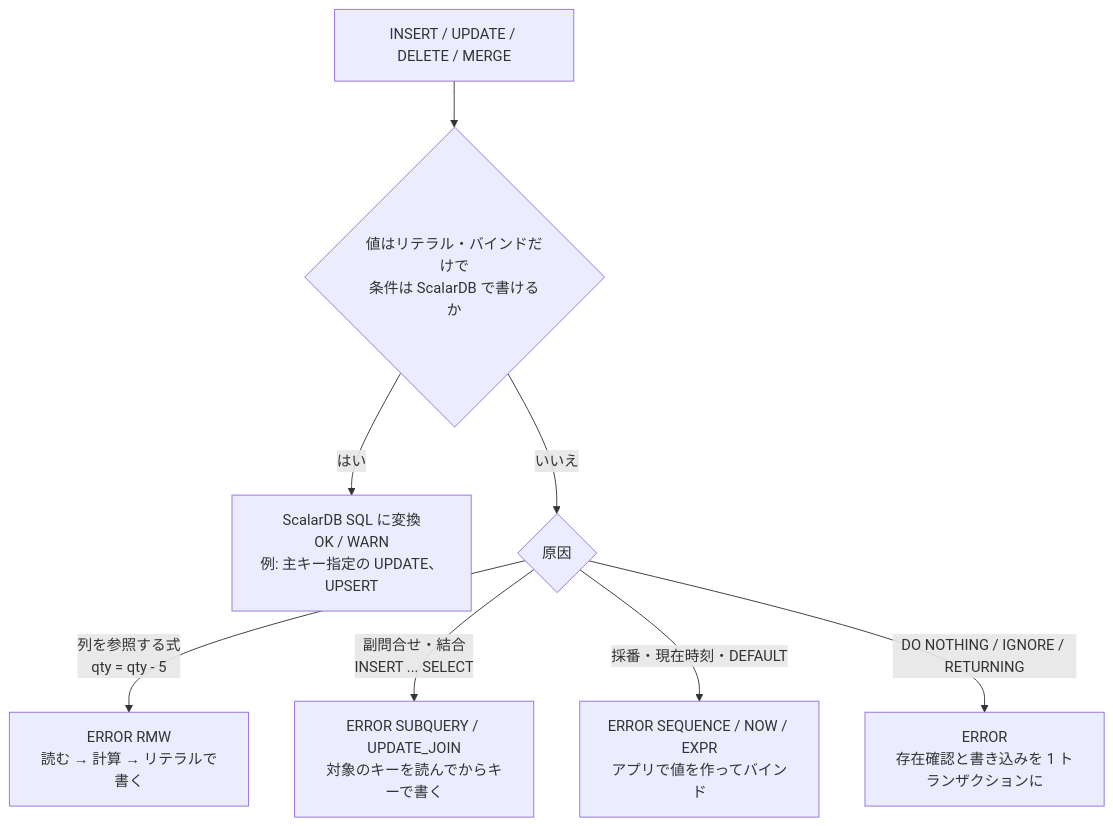
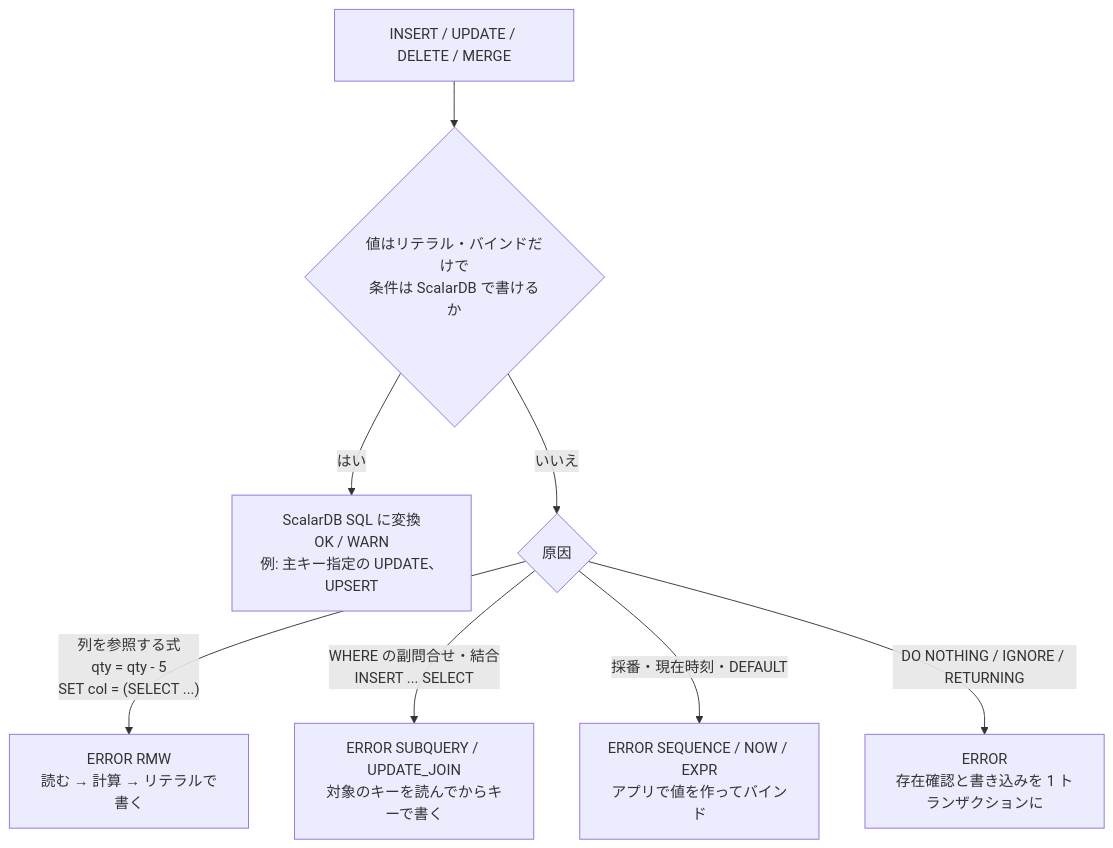
One commit to wfukatsu/sql-migration changed diagram 14 of 25 in docs/design/architecture.md. Above: the diagram before and after it, drawn with Mermaid. The commit also changed 9 other files, not shown here.

````diff
--- a/docs/design/architecture.md
+++ b/docs/design/architecture.md
@@ -546,10 +546,10 @@
 ```mermaid
 flowchart TD
     W["INSERT / UPDATE / DELETE / MERGE"] --> A{"値はリテラル・バインドだけで<br/>条件は ScalarDB で書けるか"}
     A -- はい --> OK["ScalarDB SQL に変換<br/>OK / WARN<br/>例: 主キー指定の UPDATE、UPSERT"]
     A -- いいえ --> K{"原因"}
-    K -- "列を参照する式<br/>qty = qty - 5" --> RMW["ERROR RMW<br/>読む → 計算 → リテラルで書く"]
-    K -- "副問合せ・結合<br/>INSERT ... SELECT" --> SUB["ERROR SUBQUERY / UPDATE_JOIN<br/>対象のキーを読んでからキーで書く"]
+    K -- "列を参照する式<br/>qty = qty - 5<br/>SET col = (SELECT ...)" --> RMW["ERROR RMW<br/>読む → 計算 → リテラルで書く"]
+    K -- "WHERE の副問合せ・結合<br/>INSERT ... SELECT" --> SUB["ERROR SUBQUERY / UPDATE_JOIN<br/>対象のキーを読んでからキーで書く"]
     K -- "採番・現在時刻・DEFAULT" --> GEN["ERROR SEQUENCE / NOW / EXPR<br/>アプリで値を作ってバインド"]
     K -- "DO NOTHING / IGNORE / RETURNING" --> EX["ERROR<br/>存在確認と書き込みを 1 トランザクションに"]
 ```
````
